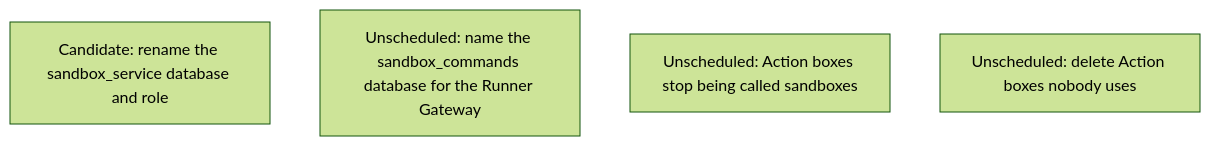
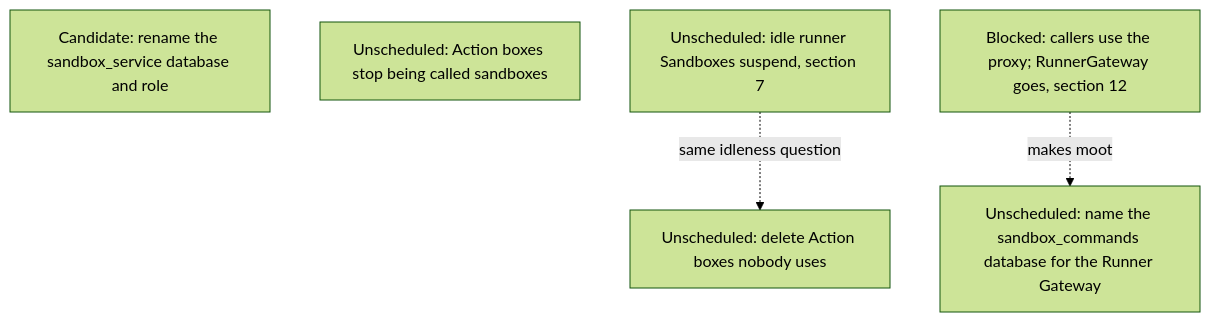
Diagram 11 of 15 in agentplane/plans/task_dag.md (agentydragon-agent/ducktape), drawn with Mermaid (forest theme) before and after one commit. The commit also changed other lines of this file, not shown here.

````diff
--- a/agentplane/plans/task_dag.md
+++ b/agentplane/plans/task_dag.md
@@ -808,7 +970,9 @@
 ```mermaid
 flowchart TD
     HISTORY_DATABASE_RENAME[Candidate: rename the sandbox_service database and role]
     SANDBOX_DATABASE_RENAME[Unscheduled: name the sandbox_commands database for the Runner Gateway]
     ACTION_BOX_RENAME[Unscheduled: Action boxes stop being called sandboxes]
     ACTION_BOX_IDLE_REAPER[Unscheduled: delete Action boxes nobody uses]
+    SANDBOX_IDLE_EXPIRY[Unscheduled: idle runner Sandboxes suspend, section 7] -. same idleness question .-> ACTION_BOX_IDLE_REAPER
+    GATEWAY_WRAPPER_RETIRE[Blocked: callers use the proxy; RunnerGateway goes, section 12] -. makes moot .-> SANDBOX_DATABASE_RENAME
 ```
````
